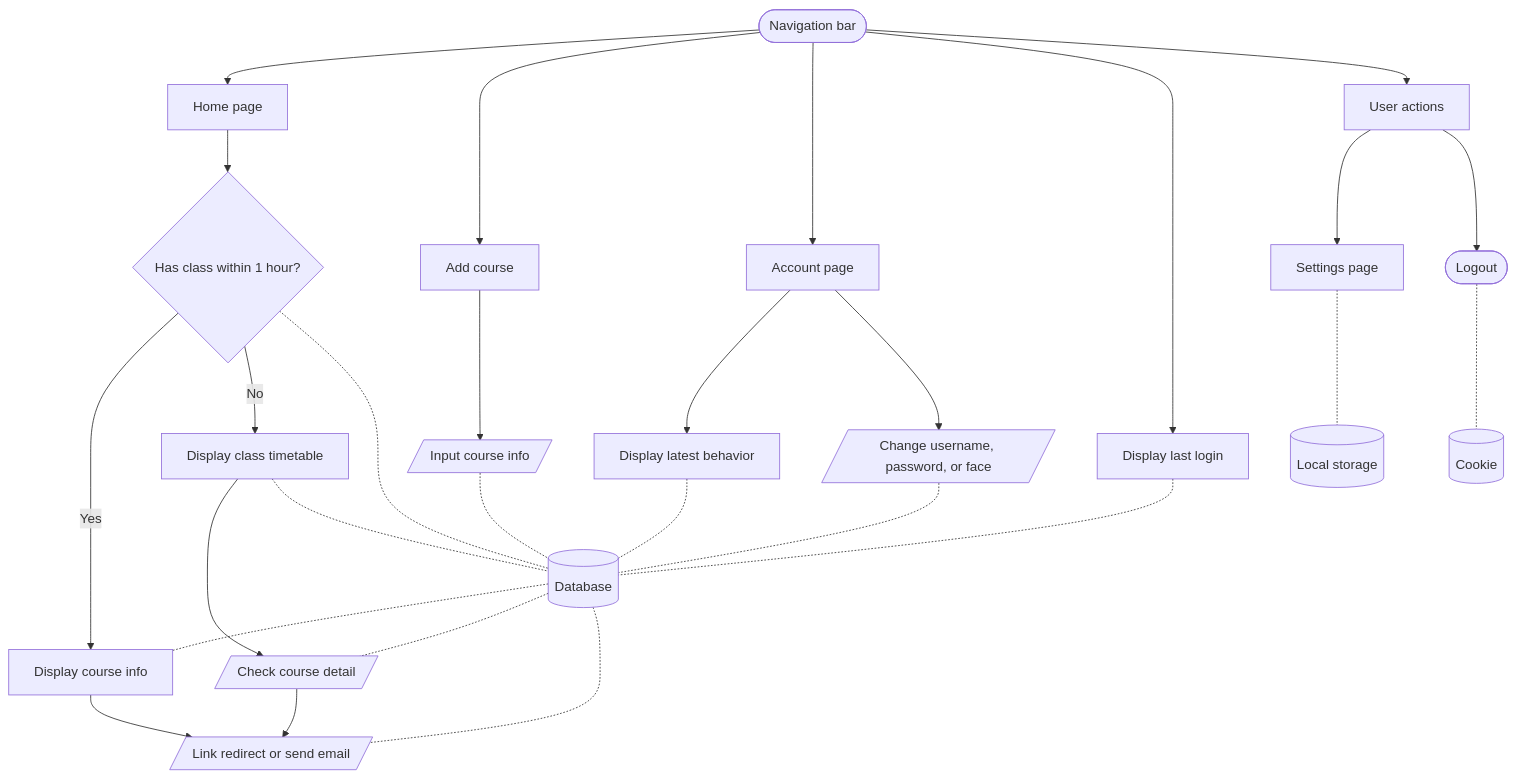
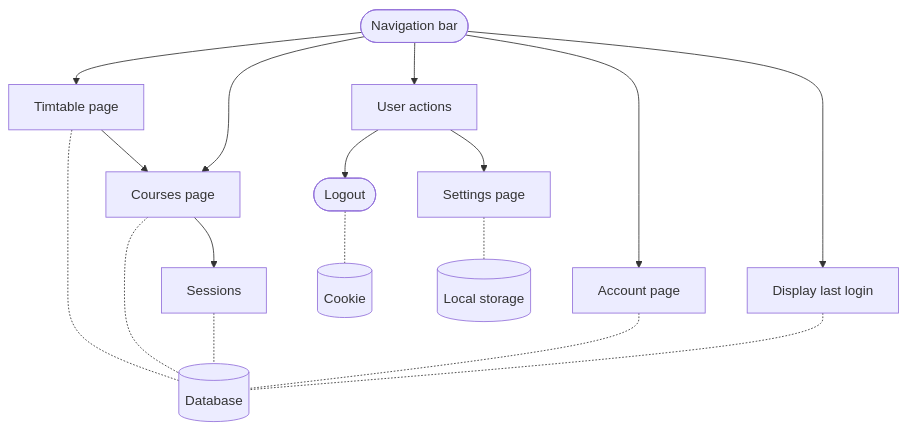
The second of 2 diagrams in README.md (LioQing/comp3278-icms), drawn with Mermaid before and after one commit. The commit also changed other lines of this file, not shown here.

Commit message:
Update diagrams

````diff
--- a/README.md
+++ b/README.md
@@ -80,39 +82,25 @@
 ```mermaid
 flowchart TD
-    navbar([Navigation bar]) --> home[Home page]
-    navbar --> add[Add course]
+    navbar([Navigation bar]) --> timetable[Timtable page]
+
+    timetable --> classes
+    navbar --> classes[Courses page]
     navbar --> account[Account page]
     navbar --> lastLogin[Display last login]
     navbar --> actions[User actions]
 
-    home --> classWithinOneHour{Has class within 1 hour?}
-    classWithinOneHour -- Yes --> displayCourse[Display course info]
-    classWithinOneHour -- No --> displayTimetable[Display class timetable]
+    database[(Database)]
+    timetable -.- database
+    classes -.- database
+    session -.- database
+    account -.- database
+    lastLogin -.- database
 
-    displayCourse --> link[/Link redirect or send email/]
-
-    displayTimetable --> info[/Check course detail/]
-    info --> link
-
-    add --> inputCourse[/Input course info/]
-
-    account --> latestBehavior[Display latest behavior]
-    account --> change[/Change username, password, or face/]
-
-    database[(Database)]
-    database -.- displayCourse
-    database -.- info
-    database -.- link
-    displayTimetable -.- database
-    classWithinOneHour -.- database
-    inputCourse -.- database
-    latestBehavior -.- database
-    lastLogin -.- database
-    change -.- database
+    classes --> session[Sessions]
     
     logout -.- cookie[(Cookie)]
 
     actions --> settings[Settings page]
     settings -.- local[(Local storage)]
     actions --> logout([Logout])
 ```
````
